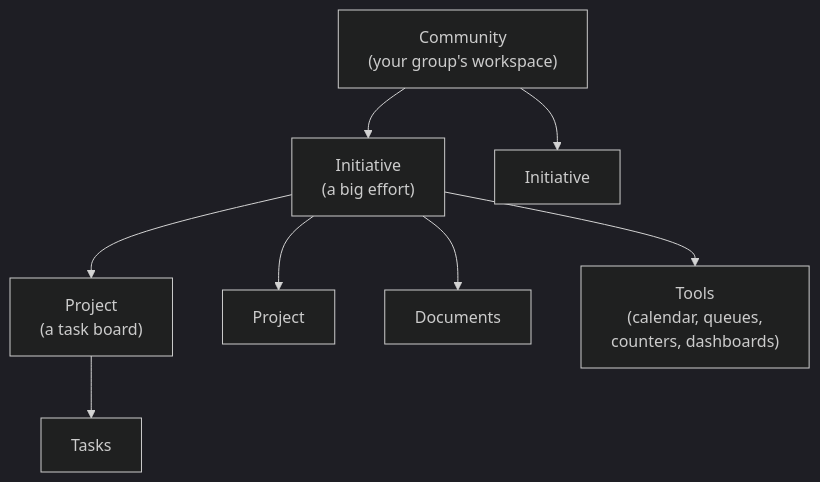
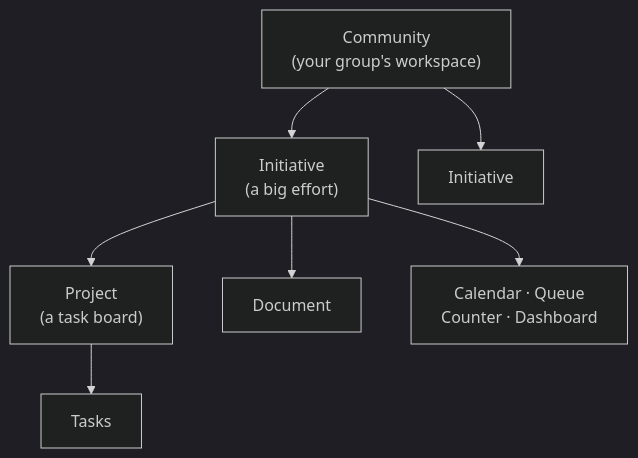
Before and after one commit to Morelitea/initiative: the diagram in docs/en/concepts/index.md, drawn with Mermaid (dark theme). The commit also changed other lines of this file and 6 other files, not shown here.

````diff
--- a/docs/en/concepts/index.md
+++ b/docs/en/concepts/index.md
@@ -11,19 +11,17 @@
 ```mermaid
 graph TD
   G["Community<br/>(your group's workspace)"]
   I1["Initiative<br/>(a big effort)"]
   I2["Initiative"]
   P1["Project<br/>(a task board)"]
-  P2["Project"]
-  D1["Documents"]
-  T1["Tools<br/>(calendar, queues,<br/>counters, dashboards)"]
+  D1["Document"]
+  T1["Calendar · Queue<br/>Counter · Dashboard"]
   TASK["Tasks"]
 
   G --> I1
   G --> I2
   I1 --> P1
-  I1 --> P2
   I1 --> D1
   I1 --> T1
   P1 --> TASK
 ```
````
